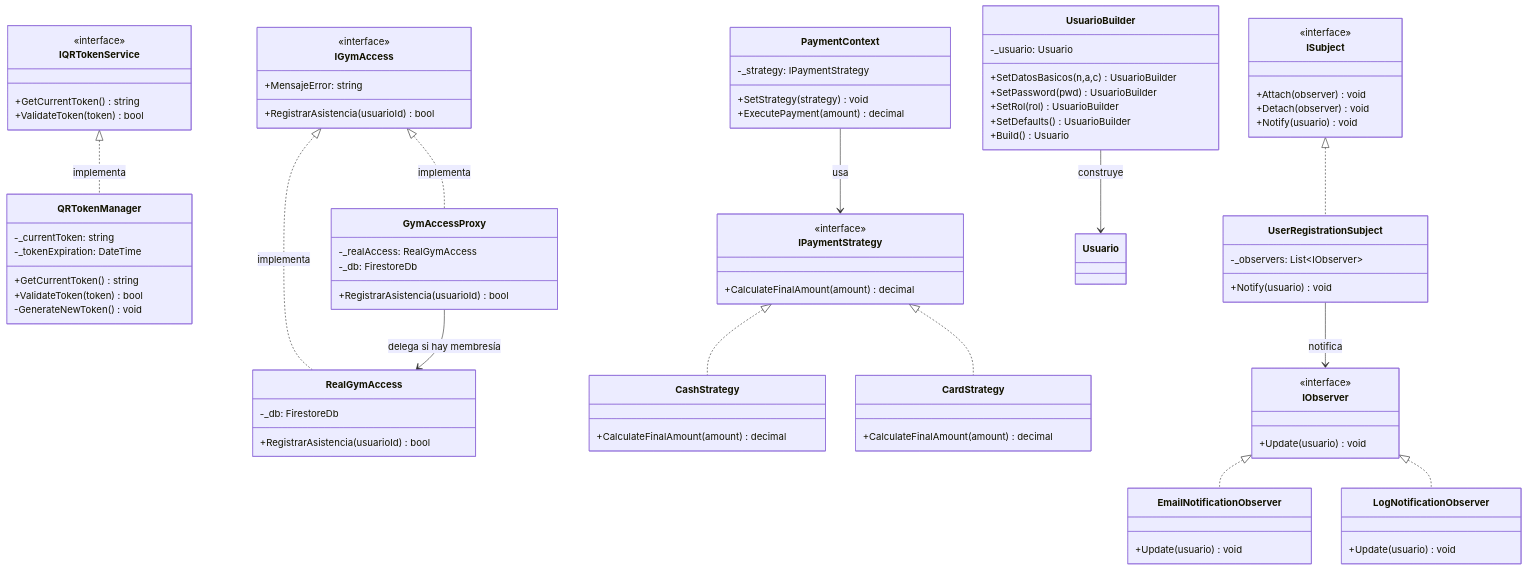
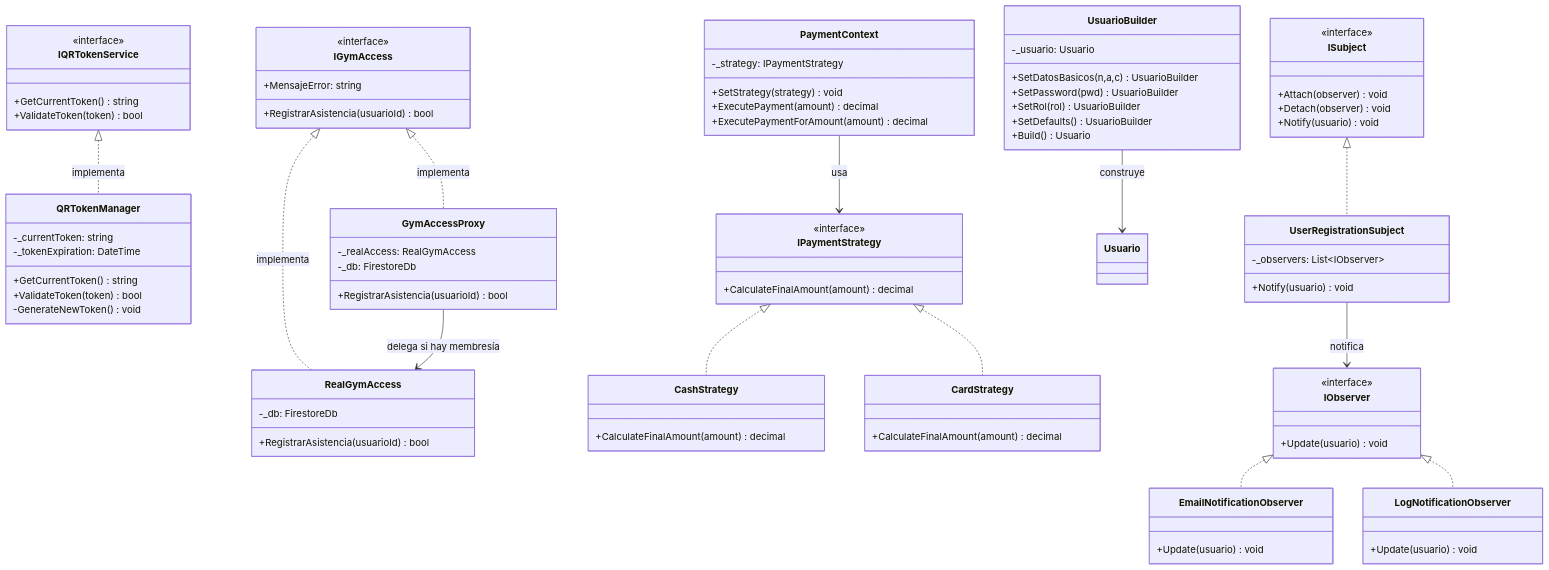
One commit to Frankyoel/DFIT_Enigma changed the fifth of 10 diagrams in Dfit/analisis_dfit.md. Above: the diagram before and after it, drawn with Mermaid. The commit also changed other lines of this file and 12 other files, not shown here.

```diff
--- a/Dfit/analisis_dfit.md
+++ b/Dfit/analisis_dfit.md
@@ -323,6 +510,7 @@
         -_strategy: IPaymentStrategy
         +SetStrategy(strategy) void
         +ExecutePayment(amount) decimal
+        +ExecutePaymentForAmount(amount) decimal
     }
     IPaymentStrategy <|.. CashStrategy
     IPaymentStrategy <|.. CardStrategy
```
